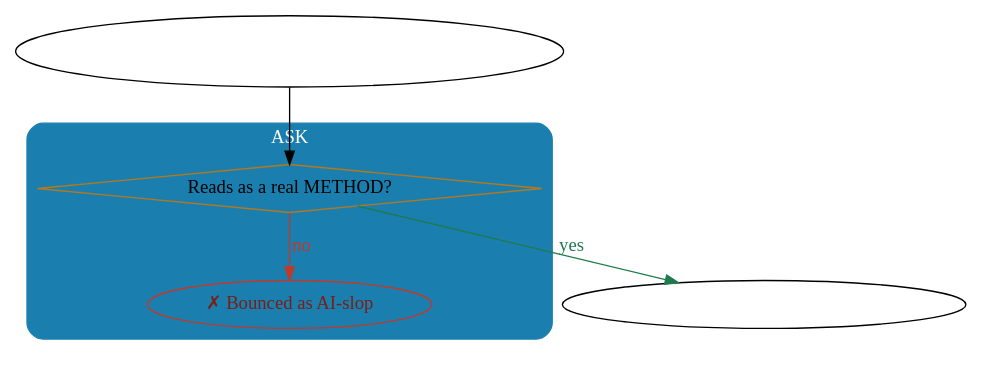
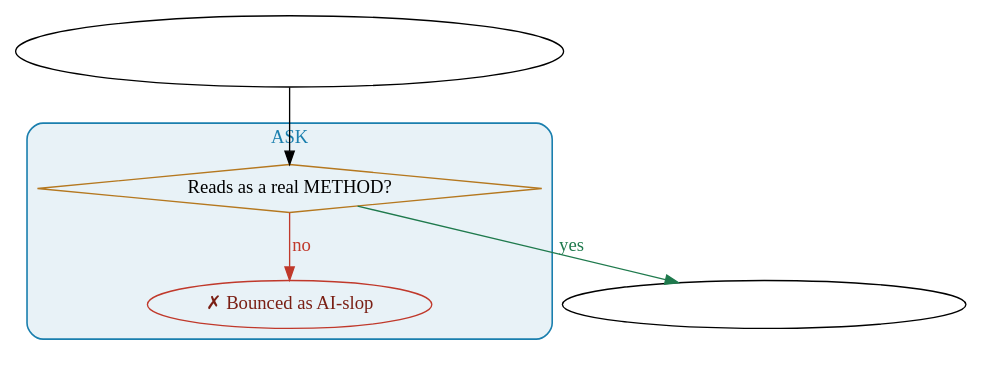
The diagram in 06-ai-ops/skills/dataviz/renderers/flow-graphviz/SKILL.md (doanchienthangdev/ritsu-works), drawn with Graphviz before and after one commit. The commit also changed other lines of this file and 2 other files, not shown here.

First line of the commit message:
fix(dataviz): flow-graphviz swimlanes — pale lane fills + accent labels (was muddled)

````diff
--- a/06-ai-ops/skills/dataviz/renderers/flow-graphviz/SKILL.md
+++ b/06-ai-ops/skills/dataviz/renderers/flow-graphviz/SKILL.md
@@ -98,12 +97,12 @@
 ```dot
 digraph flow {
   "trigger" [fillcolor="#222222", fontcolor=white, label="① See a trigger\nstuck in a hard course; deadline looms"];
-  subgraph "cluster_ask" { label="ASK"; style="filled,rounded"; color="#1A7FAE"; fontcolor=white;
+  subgraph "cluster_ask" { label="ASK"; style="filled,rounded"; color="#1A7FAE"; fillcolor="#E8F2F7"; fontcolor="#1A7FAE"; penwidth=1.2;
     "method" [shape=diamond, fillcolor="#FCEBD2", color="#B5781F", label="Reads as a real METHOD?"];
     "slop"   [fillcolor="#FBEAE7", color="#C0392B", fontcolor="#7A1F14", label="✗ Bounced as AI-slop"]; }
   "trigger" -> "method";
   "method" -> "slop" [label="no", color="#C0392B", fontcolor="#C0392B"];
   "method" -> "upload" [label="yes", color="#1F7A4D", fontcolor="#1F7A4D"];
   "upload" [fillcolor="#005EB8", fontcolor=white, label="③ Upload → quiz finds the gap"];
 }
 ```
````
